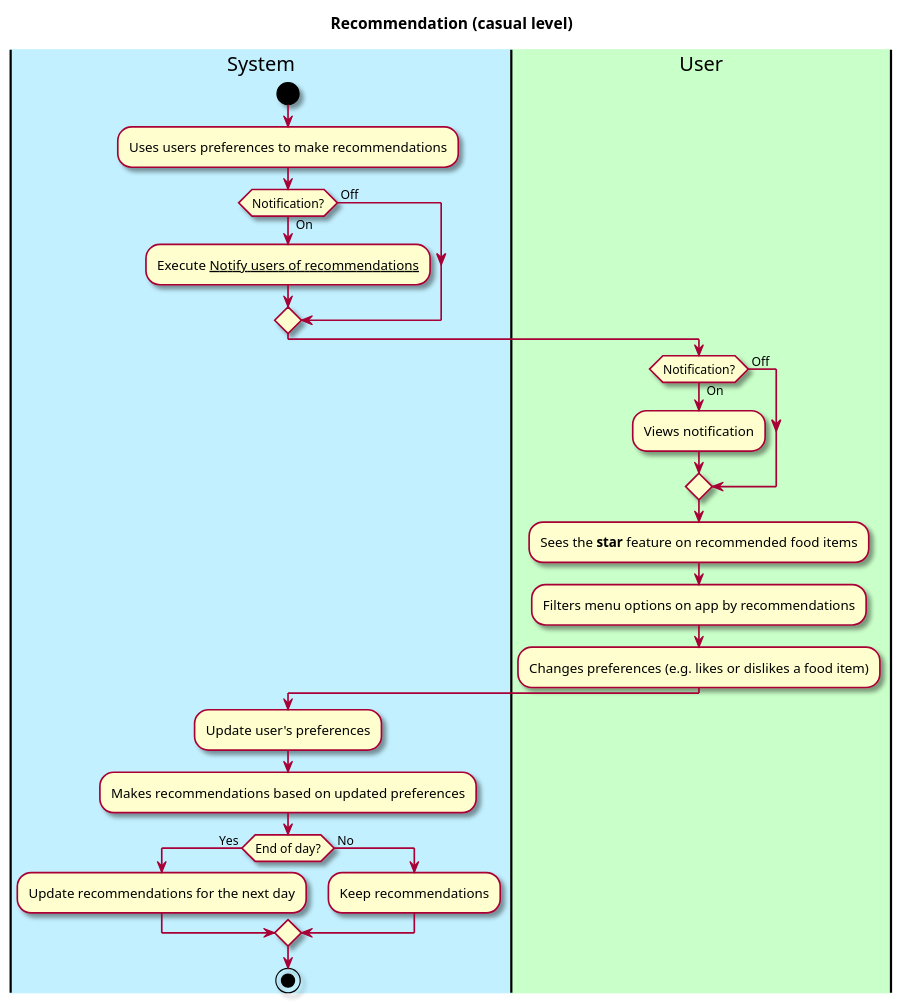
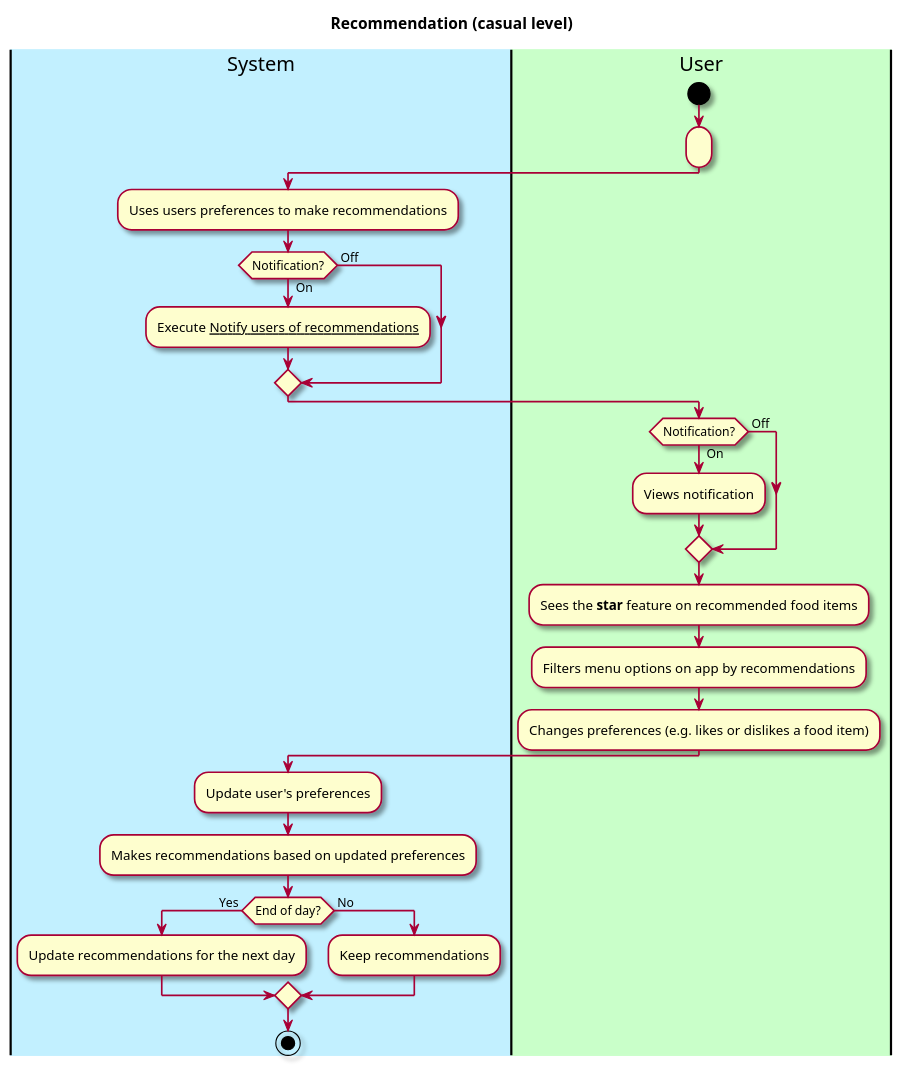
The diagram in intellij/doc/use-cases/use-case-get-recommendation.md (EzekielEkanem/team-1d), drawn with PlantUML before and after one commit. The commit also changed 3 other files, not shown here.

````diff
--- a/intellij/doc/use-cases/use-case-get-recommendation.md
+++ b/intellij/doc/use-cases/use-case-get-recommendation.md
@@ -30,42 +30,45 @@
 ```plantuml
 @startuml
 
 skin rose
 
 title Recommendation (casual level)
 
 'define the lanes
 |#application|System|
 |#technology|User|
 
+start
+|User|
+:;
+
 |System|
-start
 :Uses users preferences to make recommendations;
 if (Notification?) is  ( On ) then
 :Execute __Notify users of recommendations__;
 else ( Off ) 
 endif
 
 |User|
 if (Notification?) is  ( On ) then
 :Views notification;
 else ( Off ) 
 endif
 
 :Sees the **star** feature on recommended food items;
 :Filters menu options on app by recommendations;
 :Changes preferences (e.g. likes or dislikes a food item);
 
 |System|
 :Update user's preferences;
 :Makes recommendations based on updated preferences;
 
 if (End of day?) is  ( Yes ) then
 :Update recommendations for the next day;
 else ( No ) 
 :Keep recommendations;
 endif
 
 stop
 @enduml
 ```
````
